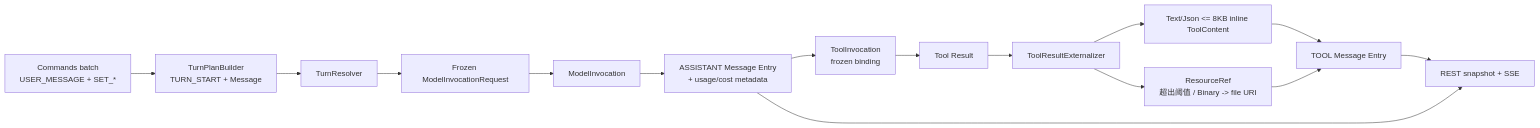
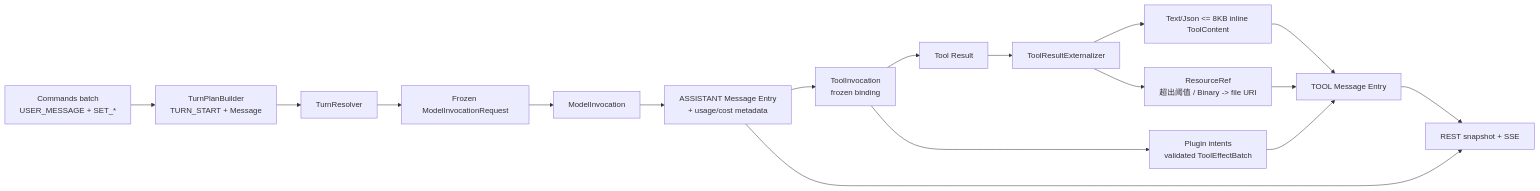
One commit to fengwk/kk-studio changed the diagram in docs/technical-solution/prompt-to-resource.md. Above: the diagram before and after it, drawn with Mermaid. The commit also changed other lines of this file and 118 other files, not shown here.

````diff
--- a/docs/technical-solution/prompt-to-resource.md
+++ b/docs/technical-solution/prompt-to-resource.md
@@ -7,31 +7,34 @@
 ```mermaid
 flowchart LR
     Command[Commands batch<br/>USER_MESSAGE + SET_*]
     Turn[TurnPlanBuilder<br/>TURN_START + Message]
     Resolver[TurnResolver]
     Request[Frozen ModelInvocationRequest]
     Model[ModelInvocation]
     Assistant[ASSISTANT Message Entry<br/>+ usage/cost metadata]
     Tool[ToolInvocation<br/>frozen binding]
     Result[Tool Result]
+    Effects[Plugin intents<br/>validated ToolEffectBatch]
     Ext[ToolResultExternalizer]
     Inline[Text/Json <= 8KB inline ToolContent]
     Resource[ResourceRef<br/>超出阈值 / Binary -> file URI]
     Entry[TOOL Message Entry]
     UI[REST snapshot + SSE]
 
     Command --> Turn
     Turn --> Resolver
     Resolver --> Request
     Request --> Model
     Model --> Assistant
     Assistant --> Tool
     Tool --> Result
+    Tool --> Effects
     Result --> Ext
     Ext --> Inline
     Ext --> Resource
     Inline --> Entry
     Resource --> Entry
+    Effects --> Entry
     Entry --> UI
     Assistant --> UI
 ```
````
